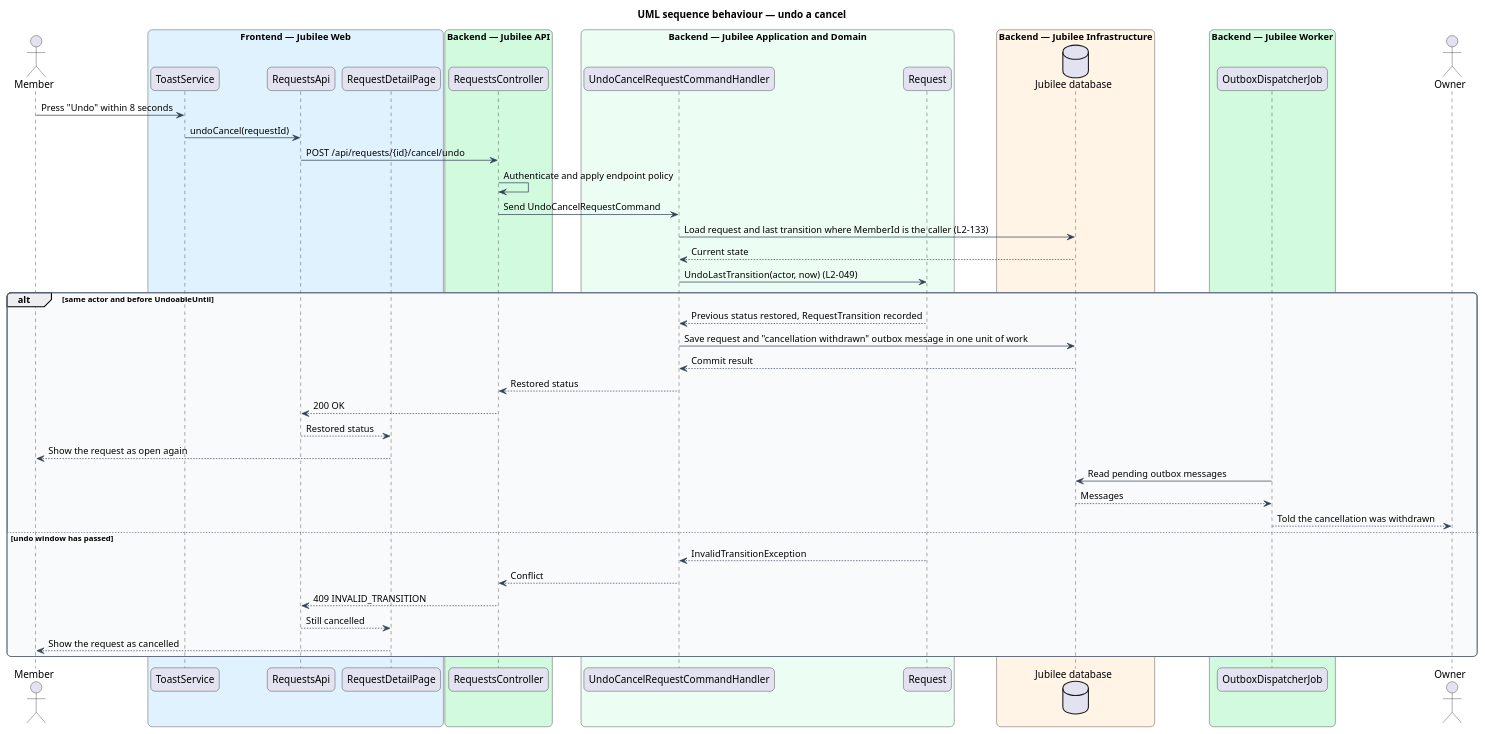
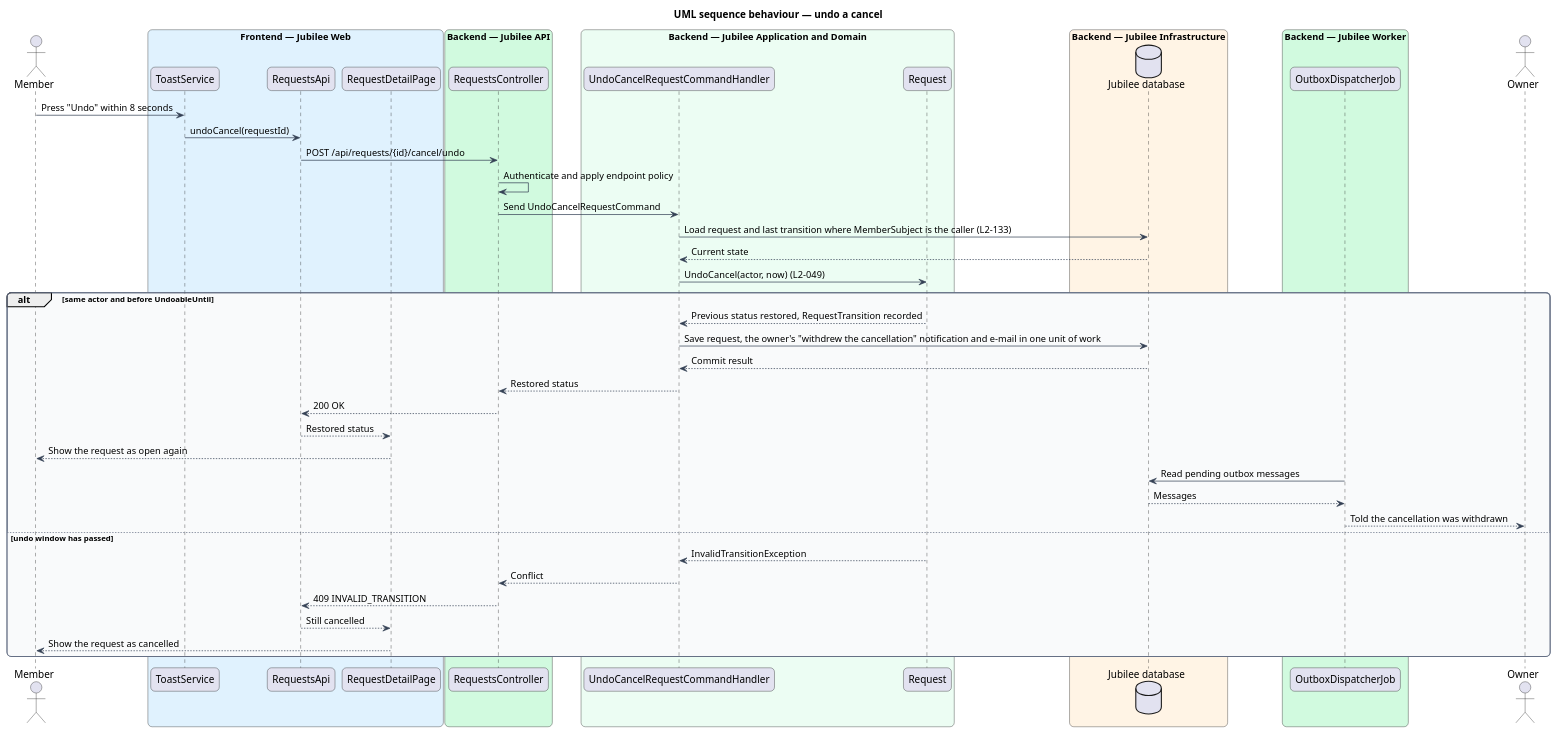
One commit to QuinntyneBrown/jubilee changed the diagram in docs/detailed-designs/requests/cancel-request/diagrams/sequence-undo-cancel.puml. Above: the diagram before and after it, drawn with PlantUML. The commit also changed 28 other files, not shown here.

```diff
--- a/docs/detailed-designs/requests/cancel-request/diagrams/sequence-undo-cancel.puml
+++ b/docs/detailed-designs/requests/cancel-request/diagrams/sequence-undo-cancel.puml
@@ -1,63 +1,63 @@
 @startuml
 title UML sequence behaviour — undo a cancel
 skinparam backgroundColor #FFFFFF
 skinparam shadowing false
 skinparam roundcorner 12
 skinparam defaultFontName Arial
 skinparam ArrowColor #344054
 skinparam rectangle {
   BorderColor #344054
   FontColor #101828
 }
 skinparam package {
   BorderColor #667085
   FontColor #101828
   BackgroundColor #F9FAFB
 }
 actor "Member" as actor
 box "Frontend — Jubilee Web" #E0F2FE
   participant "ToastService" as toast
   participant "RequestsApi" as client
   participant "RequestDetailPage" as page
 end box
 box "Backend — Jubilee API" #D1FADF
   participant "RequestsController" as controller
 end box
 box "Backend — Jubilee Application and Domain" #ECFDF3
   participant "UndoCancelRequestCommandHandler" as handler
   participant "Request" as entity
 end box
 box "Backend — Jubilee Infrastructure" #FFF4E5
   database "Jubilee database" as db
 end box
 box "Backend — Jubilee Worker" #D1FADF
   participant "OutboxDispatcherJob" as outbox
 end box
 actor "Owner" as owner
 actor -> toast : Press "Undo" within 8 seconds
 toast -> client : undoCancel(requestId)
 client -> controller : POST /api/requests/{id}/cancel/undo
 controller -> controller : Authenticate and apply endpoint policy
 controller -> handler : Send UndoCancelRequestCommand
-handler -> db : Load request and last transition where MemberId is the caller (L2-133)
+handler -> db : Load request and last transition where MemberSubject is the caller (L2-133)
 db --> handler : Current state
-handler -> entity : UndoLastTransition(actor, now) (L2-049)
+handler -> entity : UndoCancel(actor, now) (L2-049)
 alt same actor and before UndoableUntil
   entity --> handler : Previous status restored, RequestTransition recorded
-  handler -> db : Save request and "cancellation withdrawn" outbox message in one unit of work
+  handler -> db : Save request, the owner's "withdrew the cancellation" notification and e-mail in one unit of work
   db --> handler : Commit result
   handler --> controller : Restored status
   controller --> client : 200 OK
   client --> page : Restored status
   page --> actor : Show the request as open again
   outbox -> db : Read pending outbox messages
   db --> outbox : Messages
   outbox --> owner : Told the cancellation was withdrawn
 else undo window has passed
   entity --> handler : InvalidTransitionException
   handler --> controller : Conflict
   controller --> client : 409 INVALID_TRANSITION
   client --> page : Still cancelled
   page --> actor : Show the request as cancelled
 end
 @enduml
```
